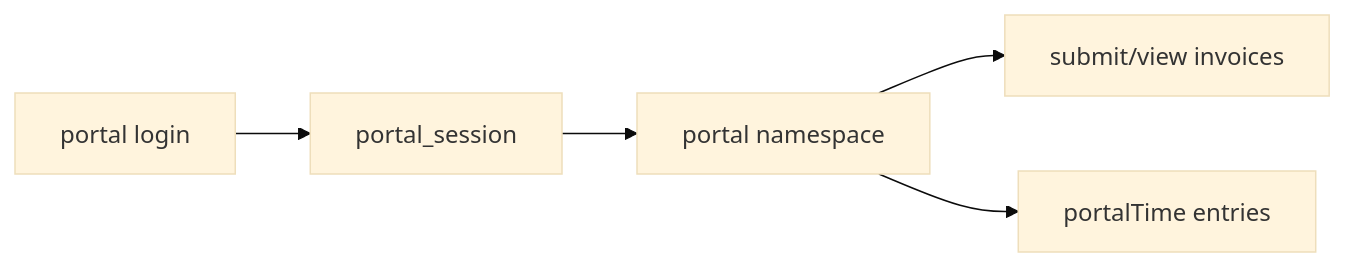
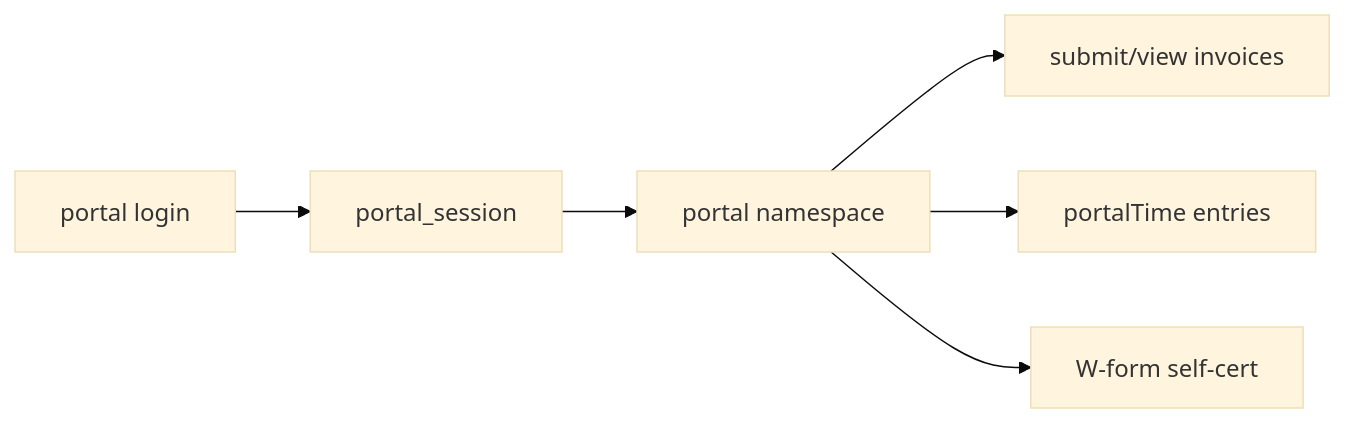
The diagram in .planning/brain/wiki/domains/portal-external.md (mateuszpitura/contractor-ops), drawn with Mermaid (base theme) before and after one commit. The commit also changed other lines of this file and 14 other files, not shown here.

First line of the commit message:
feat(85-03): portal W-form submit/draft/determination + staff read-track, flag-gated

````diff
--- a/.planning/brain/wiki/domains/portal-external.md
+++ b/.planning/brain/wiki/domains/portal-external.md
@@ -20,7 +20,8 @@
 ```mermaid
 flowchart LR
   login[portal login] --> cookie[portal_session]
   cookie --> portalNS[portal namespace]
   portalNS --> invoices[submit/view invoices]
   portalNS --> time[portalTime entries]
+  portalNS --> wform[W-form self-cert]
 ```
````
